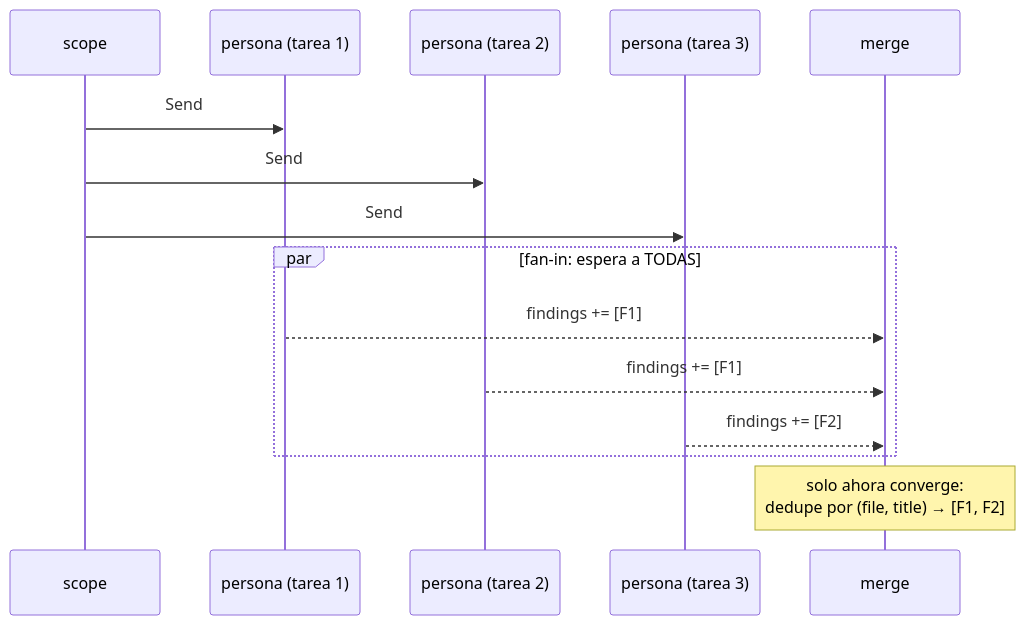
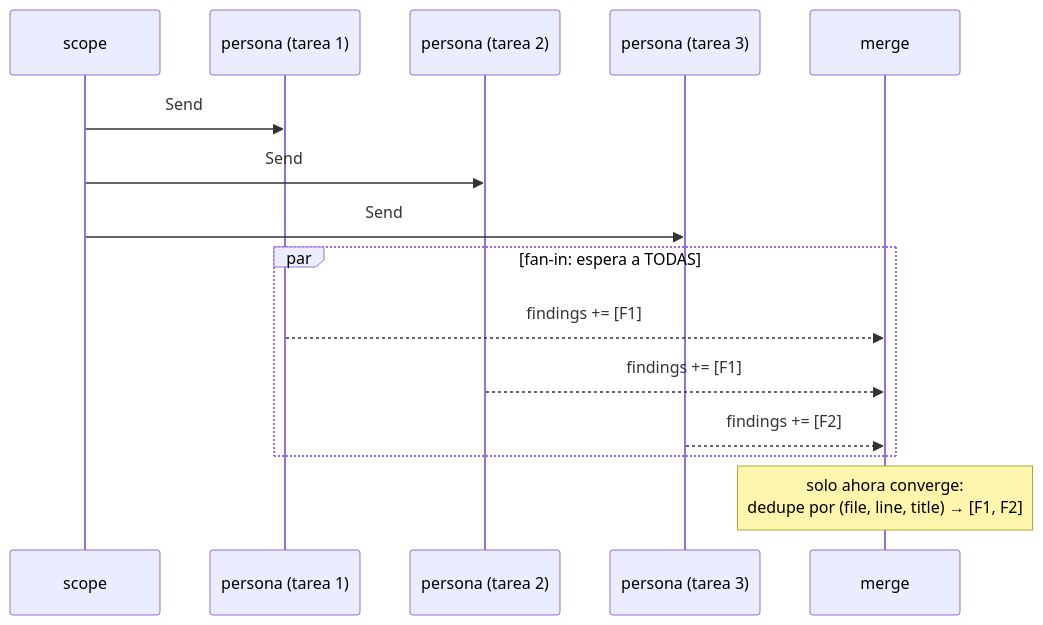
Before and after one commit to pcgarat/agent-review-langgraph: the fourth of 4 diagrams in docs/edu/03-ramificacion-y-fan-out-20261011.md, drawn with Mermaid. The commit also changed other lines of this file and 35 other files, not shown here.

````diff
--- a/docs/edu/03-ramificacion-y-fan-out-20261011.md
+++ b/docs/edu/03-ramificacion-y-fan-out-20261011.md
@@ -245,17 +245,17 @@
 ```mermaid
 sequenceDiagram
     participant SC as scope
     participant W1 as persona (tarea 1)
     participant W2 as persona (tarea 2)
     participant W3 as persona (tarea 3)
     participant MG as merge
     SC->>W1: Send
     SC->>W2: Send
     SC->>W3: Send
     par fan-in: espera a TODAS
         W1-->>MG: findings += [F1]
         W2-->>MG: findings += [F1]
         W3-->>MG: findings += [F2]
     end
-    Note over MG: solo ahora converge:<br/>dedupe por (file, title) → [F1, F2]
+    Note over MG: solo ahora converge:<br/>dedupe por (file, line, title) → [F1, F2]
 ```
````
